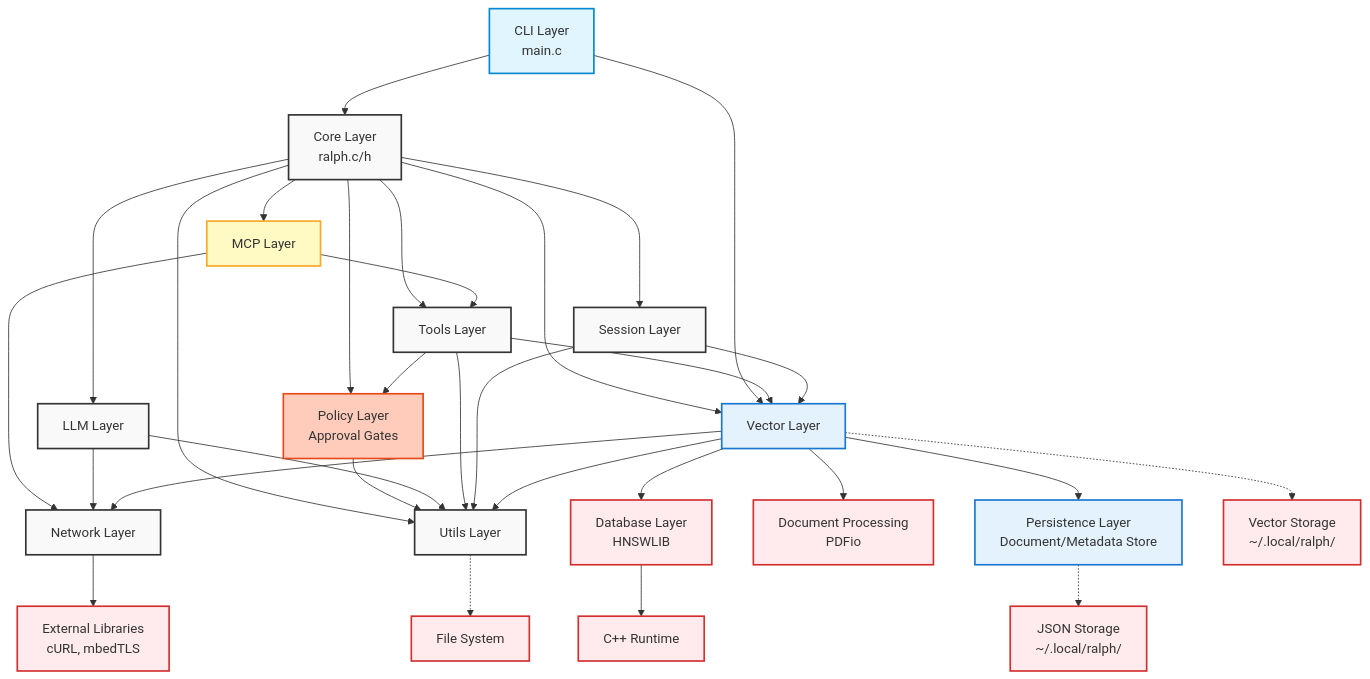
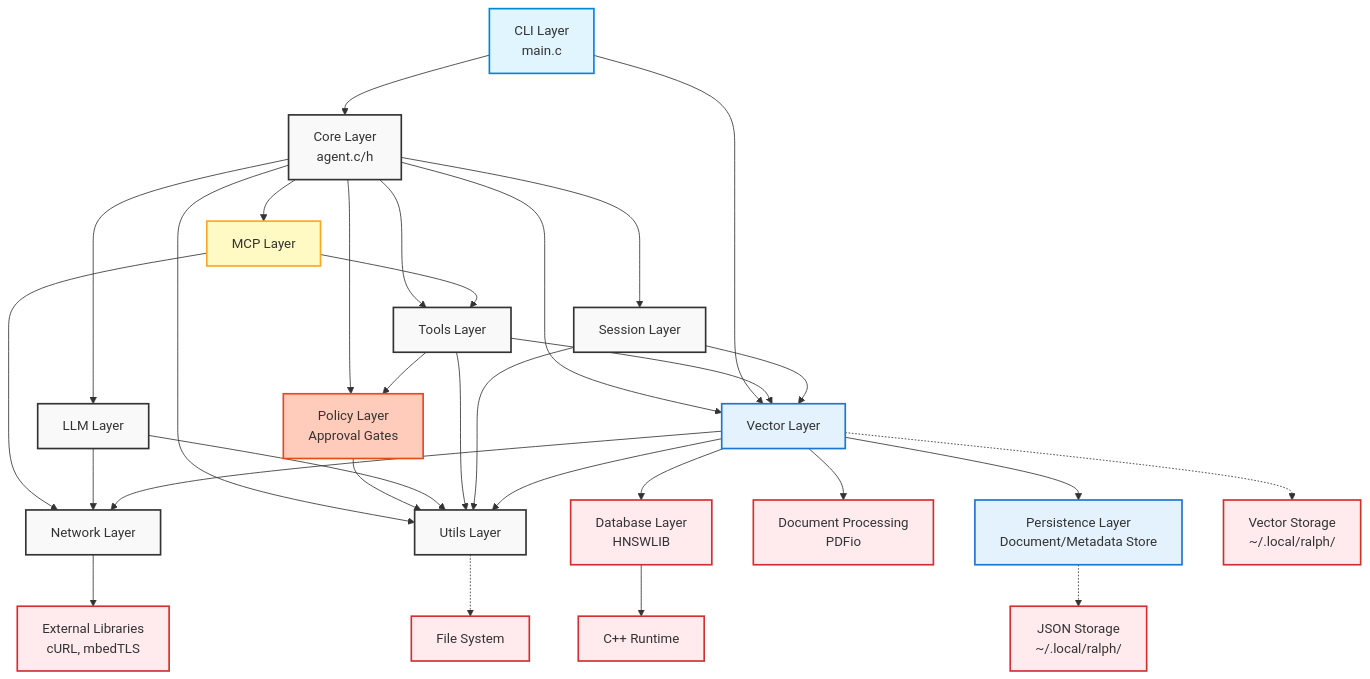
The sixth of 16 diagrams in ARCHITECTURE.md (tgittos/scaffold), drawn with Mermaid before and after one commit. The commit also changed other lines of this file and 32 other files, not shown here.

````diff
--- a/ARCHITECTURE.md
+++ b/ARCHITECTURE.md
@@ -281,55 +279,55 @@
 ```mermaid
 graph TB
-    Core[Core Layer<br/>ralph.c/h] --> LLM[LLM Layer]
+    Core[Core Layer<br/>agent.c/h] --> LLM[LLM Layer]
     Core --> Tools[Tools Layer]
     Core --> Session[Session Layer]
     Core --> Utils[Utils Layer]
     Core --> Vector[Vector Layer]
     Core --> MCP[MCP Layer]
     Core --> Policy[Policy Layer<br/>Approval Gates]
 
     Tools --> Policy
     Policy --> Utils
 
     CLI[CLI Layer<br/>main.c] --> Core
     CLI --> Vector
 
     MCP --> Network[Network Layer]
     MCP --> Tools
 
     LLM --> Network
     LLM --> Utils
 
     Tools --> Utils
     Tools --> Vector
 
     Session --> Utils
     Session --> Vector
 
     Vector --> Network
     Vector --> Utils
     Vector --> Database[Database Layer<br/>HNSWLIB]
     Vector --> Document[Document Processing<br/>PDFio]
     Vector --> Persistence[Persistence Layer<br/>Document/Metadata Store]
 
     Network --> External[External Libraries<br/>cURL, mbedTLS]
     Database --> CPPRuntime[C++ Runtime]
 
     Utils -.-> FileSystem[File System]
     Persistence -.-> JSONStorage[JSON Storage<br/>~/.local/ralph/]
     Vector -.-> VectorStorage[Vector Storage<br/>~/.local/ralph/]
 
     classDef layer fill:#f9f9f9,stroke:#333,stroke-width:2px
     classDef vectorLayer fill:#e3f2fd,stroke:#1976d2,stroke-width:2px
     classDef external fill:#ffebee,stroke:#d32f2f,stroke-width:2px
     classDef mcpLayer fill:#fff9c4,stroke:#f9a825,stroke-width:2px
     classDef cliLayer fill:#e1f5fe,stroke:#0288d1,stroke-width:2px
     classDef policyLayer fill:#ffccbc,stroke:#e64a19,stroke-width:2px
 
     class Core,LLM,Tools,Session,Utils,Network layer
     class Policy policyLayer
     class Vector,Persistence vectorLayer
     class External,FileSystem,Database,Document,CPPRuntime,VectorStorage,JSONStorage external
     class MCP mcpLayer
     class CLI cliLayer
 ```
````
